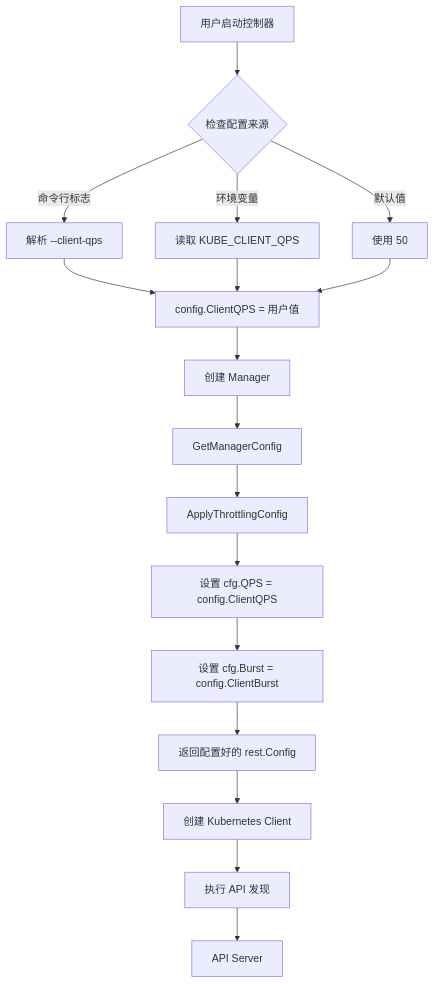
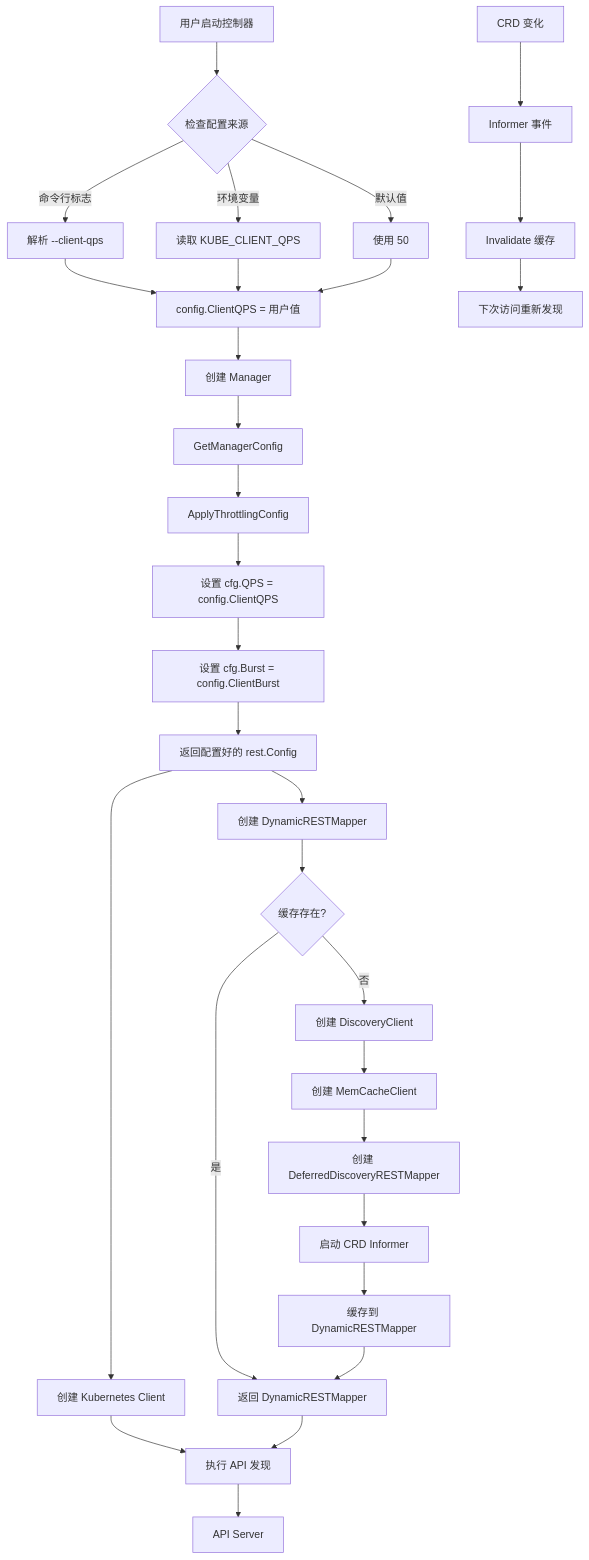
The fourth of 7 diagrams in code/performance/report/api-throttling-optimization.md (javadoors/cluster-api-provider-bke), drawn with Mermaid before and after one commit. The commit also changed other lines of this file, not shown here.

````diff
--- a/code/performance/report/api-throttling-optimization.md
+++ b/code/performance/report/api-throttling-optimization.md
@@ -398,22 +674,38 @@
 ```mermaid
 graph TD
     A[用户启动控制器] --> B{检查配置来源}
     B -->|命令行标志| C[解析 --client-qps]
     B -->|环境变量| D[读取 KUBE_CLIENT_QPS]
     B -->|默认值| E[使用 50]
     
     C --> F[config.ClientQPS = 用户值]
     D --> F
     E --> F
     
     F --> G[创建 Manager]
     G --> H[GetManagerConfig]
     H --> I[ApplyThrottlingConfig]
     I --> J[设置 cfg.QPS = config.ClientQPS]
     J --> K[设置 cfg.Burst = config.ClientBurst]
     K --> L[返回配置好的 rest.Config]
     
     L --> M[创建 Kubernetes Client]
-    M --> S[执行 API 发现]
-    S --> T[API Server]
+    L --> N[创建 DynamicRESTMapper]
+    
+    N --> O{缓存存在?}
+    O -->|是| P[返回 DynamicRESTMapper]
+    O -->|否| Q[创建 DiscoveryClient]
+    Q --> R[创建 MemCacheClient]
+    R --> S[创建 DeferredDiscoveryRESTMapper]
+    S --> T[启动 CRD Informer]
+    T --> U[缓存到 DynamicRESTMapper]
+    U --> P
+    
+    M --> V[执行 API 发现]
+    P --> V
+    V --> W[API Server]
+    
+    X[CRD 变化] --> Y[Informer 事件]
+    Y --> Z[Invalidate 缓存]
+    Z --> AA[下次访问重新发现]
 ```
````
